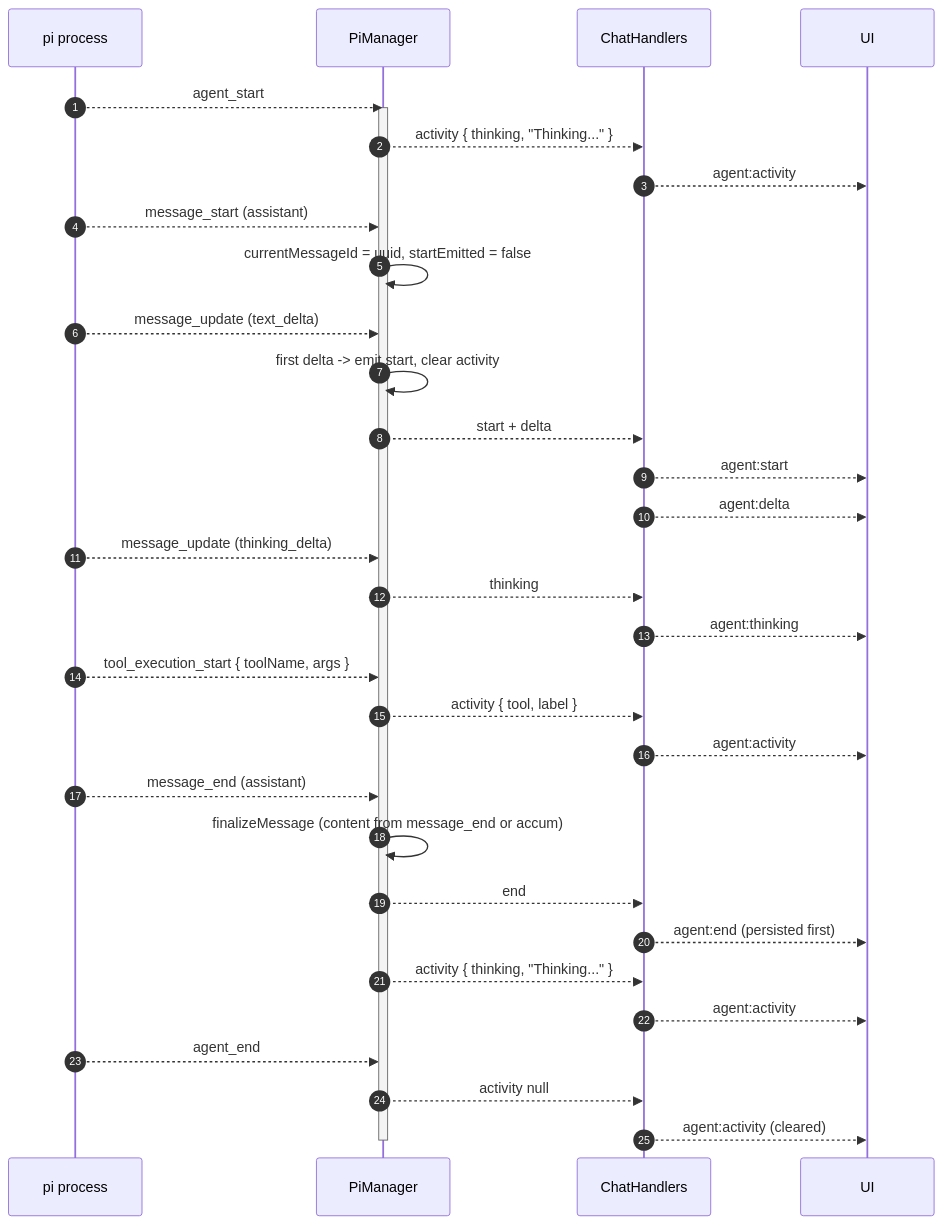
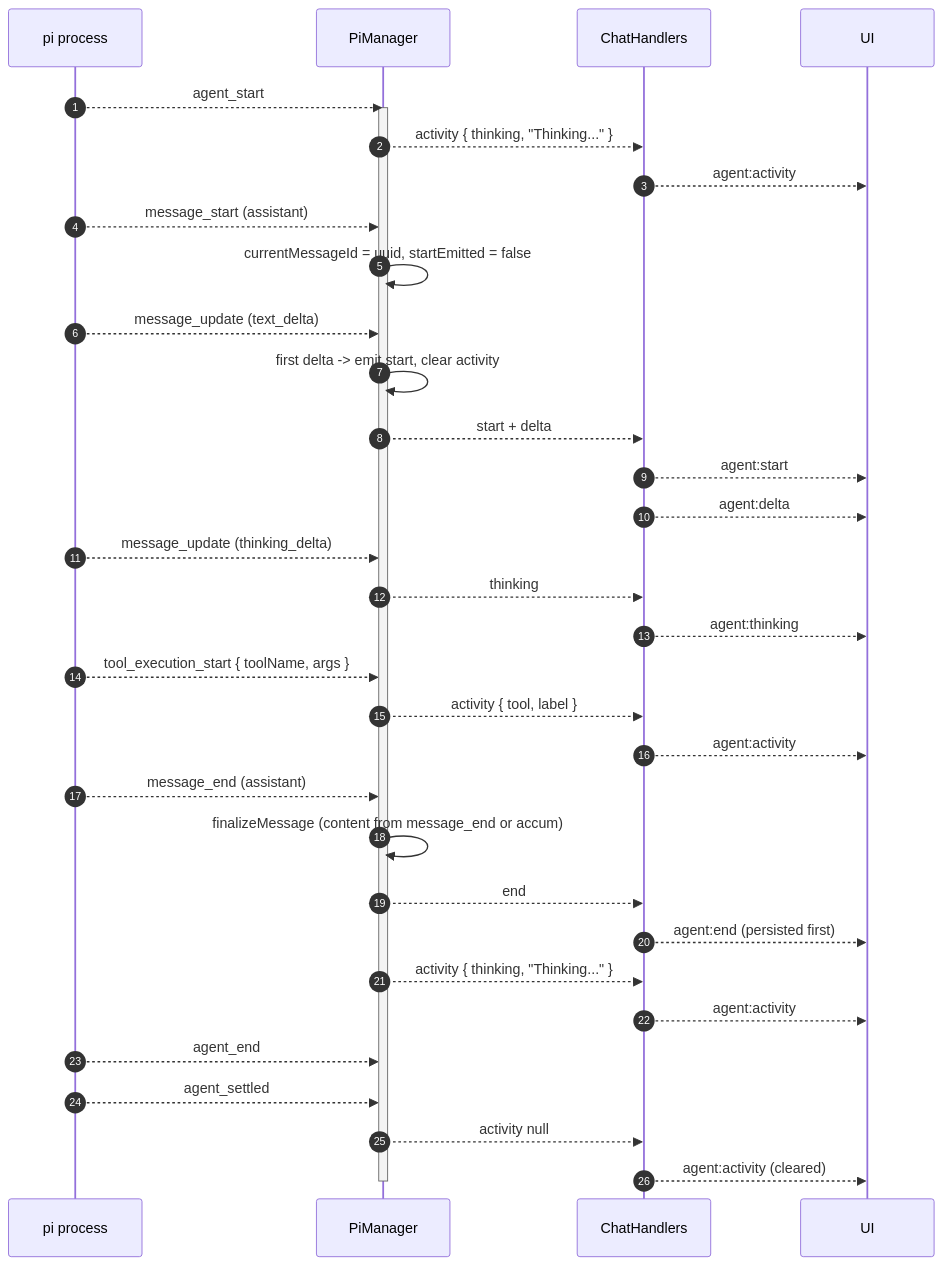
One commit to TangleML/tangent-shell changed the first of 2 diagrams in docs/server/orchestrator.md. Above: the diagram before and after it, drawn with Mermaid. The commit also changed other lines of this file and 9 other files, not shown here.

````diff
--- a/docs/server/orchestrator.md
+++ b/docs/server/orchestrator.md
@@ -161,36 +187,37 @@
 ```mermaid
 sequenceDiagram
   autonumber
   participant Pi as pi process
   participant PiManager
   participant Handlers as ChatHandlers
   participant UI
 
   Pi-->>PiManager: agent_start
   activate PiManager
   PiManager-->>Handlers: activity { thinking, "Thinking..." }
   Handlers-->>UI: agent:activity
   Pi-->>PiManager: message_start (assistant)
   PiManager->>PiManager: currentMessageId = uuid, startEmitted = false
   Pi-->>PiManager: message_update (text_delta)
   PiManager->>PiManager: first delta -> emit start, clear activity
   PiManager-->>Handlers: start + delta
   Handlers-->>UI: agent:start
   Handlers-->>UI: agent:delta
   Pi-->>PiManager: message_update (thinking_delta)
   PiManager-->>Handlers: thinking
   Handlers-->>UI: agent:thinking
   Pi-->>PiManager: tool_execution_start { toolName, args }
   PiManager-->>Handlers: activity { tool, label }
   Handlers-->>UI: agent:activity
   Pi-->>PiManager: message_end (assistant)
   PiManager->>PiManager: finalizeMessage (content from message_end or accum)
   PiManager-->>Handlers: end
   Handlers-->>UI: agent:end (persisted first)
   PiManager-->>Handlers: activity { thinking, "Thinking..." }
   Handlers-->>UI: agent:activity
   Pi-->>PiManager: agent_end
+  Pi-->>PiManager: agent_settled
   PiManager-->>Handlers: activity null
   Handlers-->>UI: agent:activity (cleared)
   deactivate PiManager
 ```
````
